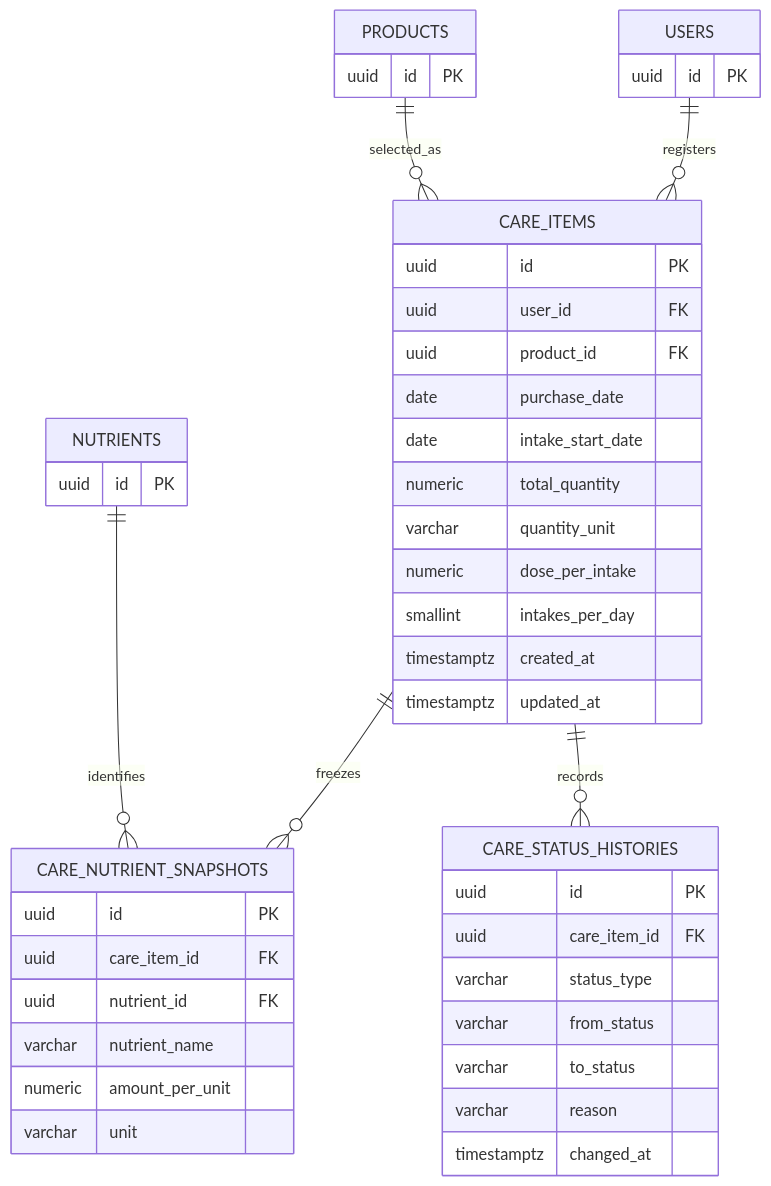
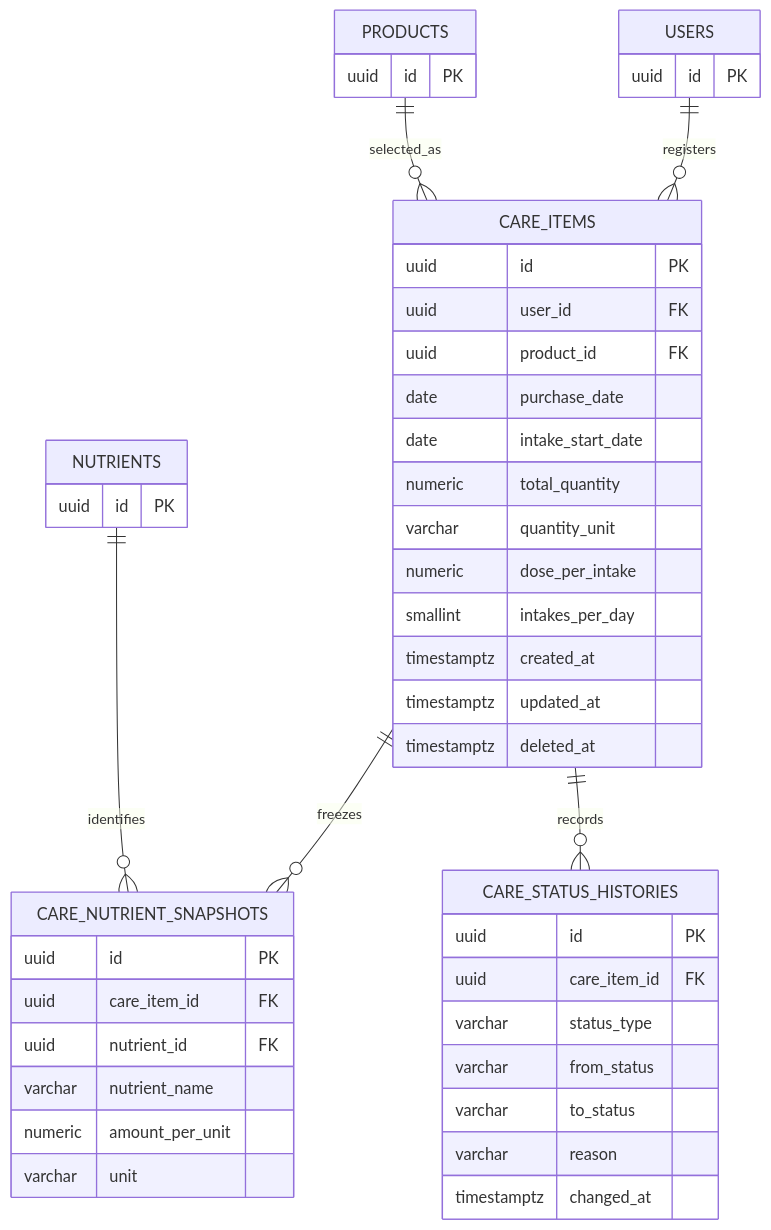
The third of 4 diagrams in docs/architecture/erd.md (Pilot-project-python5/backend), drawn with Mermaid before and after one commit. The commit also changed other lines of this file and 27 other files, not shown here.

````diff
--- a/docs/architecture/erd.md
+++ b/docs/architecture/erd.md
@@ -262,53 +262,54 @@
 ```mermaid
 erDiagram
     USERS ||--o{ CARE_ITEMS : registers
     PRODUCTS ||--o{ CARE_ITEMS : selected_as
     CARE_ITEMS ||--o{ CARE_NUTRIENT_SNAPSHOTS : freezes
     NUTRIENTS ||--o{ CARE_NUTRIENT_SNAPSHOTS : identifies
     CARE_ITEMS ||--o{ CARE_STATUS_HISTORIES : records
 
     USERS {
         uuid id PK
     }
 
     PRODUCTS {
         uuid id PK
     }
 
     NUTRIENTS {
         uuid id PK
     }
 
     CARE_ITEMS {
         uuid id PK
         uuid user_id FK
         uuid product_id FK
         date purchase_date
         date intake_start_date
         numeric total_quantity
         varchar quantity_unit
         numeric dose_per_intake
         smallint intakes_per_day
         timestamptz created_at
         timestamptz updated_at
+        timestamptz deleted_at
     }
 
     CARE_NUTRIENT_SNAPSHOTS {
         uuid id PK
         uuid care_item_id FK
         uuid nutrient_id FK
         varchar nutrient_name
         numeric amount_per_unit
         varchar unit
     }
 
     CARE_STATUS_HISTORIES {
         uuid id PK
         uuid care_item_id FK
         varchar status_type
         varchar from_status
         varchar to_status
         varchar reason
         timestamptz changed_at
     }
 ```
````
